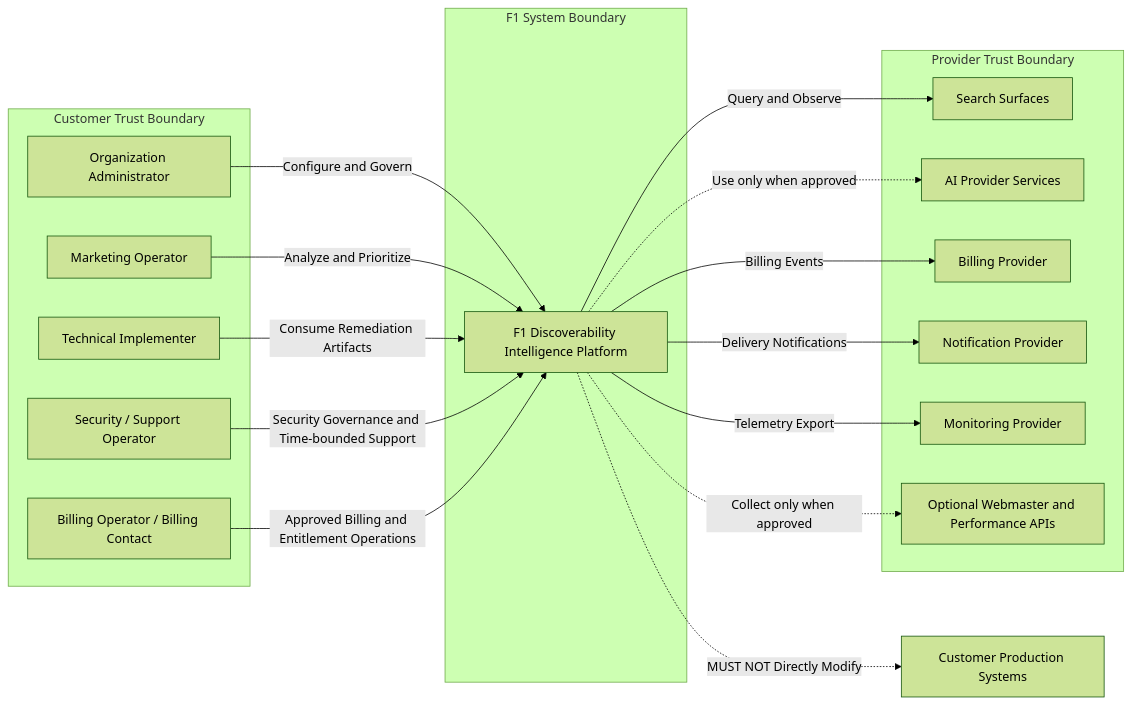
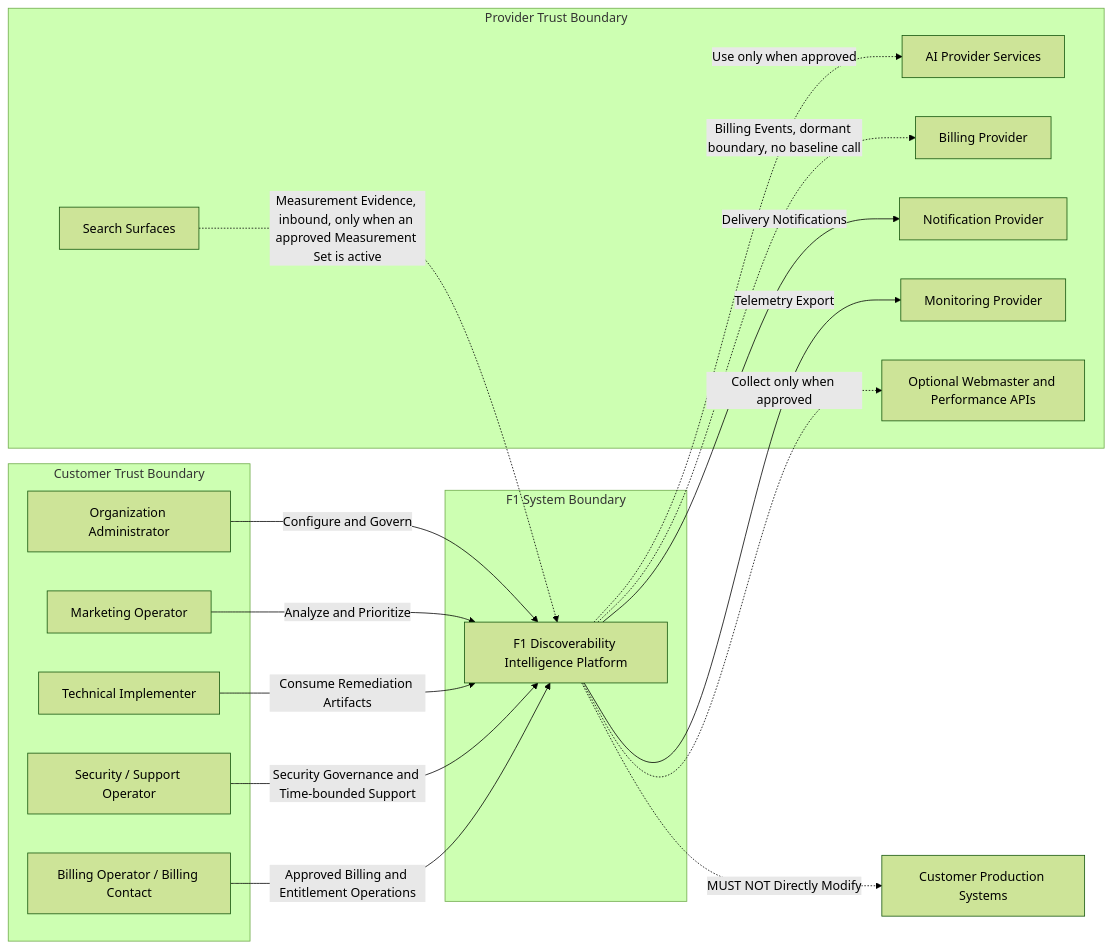
The diagram in diagrams/SYSTEM_CONTEXT.md (keny369/videt.ai), drawn with Mermaid (forest theme) before and after one commit. The commit also changed other lines of this file and 30 other files, not shown here.

````diff
--- a/diagrams/SYSTEM_CONTEXT.md
+++ b/diagrams/SYSTEM_CONTEXT.md
@@ -21,38 +27,38 @@
 ```mermaid
 flowchart LR
     subgraph TB1[Customer Trust Boundary]
         OA[Organization Administrator]
         MO[Marketing Operator]
         TI[Technical Implementer]
         SO[Security / Support Operator]
         BO[Billing Operator / Billing Contact]
     end
 
     subgraph TB2[F1 System Boundary]
         F1[F1 Discoverability Intelligence Platform]
     end
 
     subgraph TB3[Provider Trust Boundary]
         SE[Search Surfaces]
         AI[AI Provider Services]
         BILL[Billing Provider]
         NOTIF[Notification Provider]
         OBS[Monitoring Provider]
         WMP[Optional Webmaster and Performance APIs]
     end
 
     OA -->|Configure and Govern| F1
     MO -->|Analyze and Prioritize| F1
     TI -->|Consume Remediation Artifacts| F1
     SO -->|Security Governance and Time-bounded Support| F1
     BO -->|Approved Billing and Entitlement Operations| F1
 
-    F1 -->|Query and Observe| SE
+    SE -.->|Measurement Evidence, inbound, only when an approved Measurement Set is active| F1
     F1 -.->|Use only when approved| AI
-    F1 -->|Billing Events| BILL
+    F1 -.->|Billing Events, dormant boundary, no baseline call| BILL
     F1 -->|Delivery Notifications| NOTIF
     F1 -->|Telemetry Export| OBS
     F1 -.->|Collect only when approved| WMP
 
     F1 -. MUST NOT Directly Modify .-> PROD[Customer Production Systems]
 ```
````
